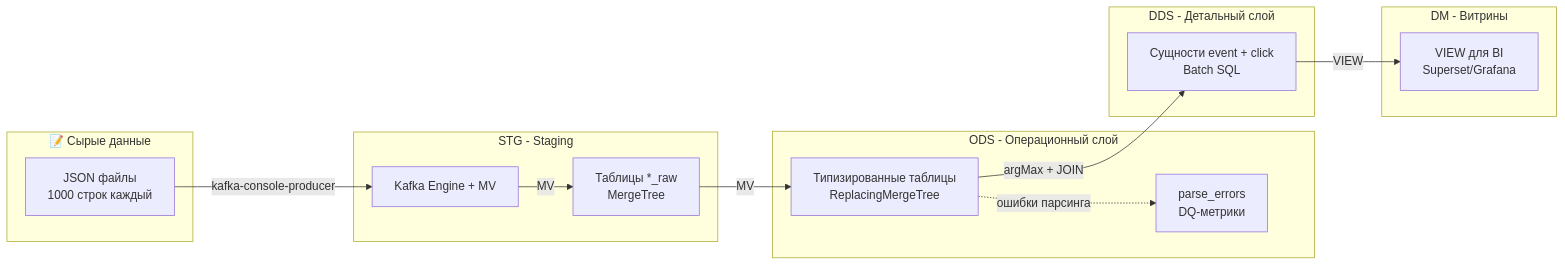
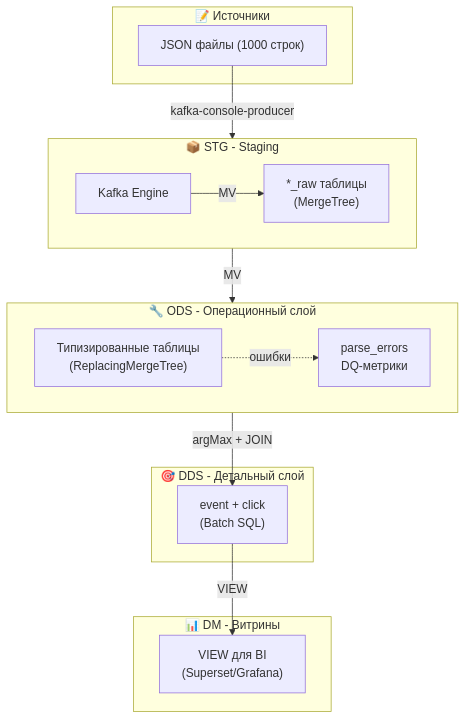
One commit to dementev-dev/clickstream-ch-kafka-superset-demo changed the second of 6 diagrams in docs/ARCHITECTURE.md. Above: the diagram before and after it, drawn with Mermaid. The commit also changed other lines of this file, not shown here.

First line of the commit message:
docs(architecture): update ODS error handling and DDS partial data support

````diff
--- a/docs/ARCHITECTURE.md
+++ b/docs/ARCHITECTURE.md
@@ -83,30 +83,30 @@
 ```mermaid
-flowchart LR
-    subgraph L0["📝 Сырые данные"]
-        RAW[JSON файлы<br/>1000 строк каждый]
+flowchart TB
+    subgraph L0["📝 Источники"]
+        RAW["JSON файлы (1000 строк)"]
     end
 
-    subgraph L1["STG - Staging"]
-        STG_T["Таблицы *_raw<br/>MergeTree"]
-        KAFKA["Kafka Engine + MV"]
+    subgraph L1["📦 STG - Staging"]
+        direction LR
+        KAFKA["Kafka Engine"]
+        STG_T["*_raw таблицы<br/>(MergeTree)"]
     end
 
-    subgraph L2["ODS - Операционный слой"]
-        ODS_T["Типизированные таблицы<br/>ReplacingMergeTree"]
+    subgraph L2["🔧 ODS - Операционный слой"]
+        direction LR
+        ODS_T["Типизированные таблицы<br/>(ReplacingMergeTree)"]
         DQ["parse_errors<br/>DQ-метрики"]
     end
 
-    subgraph L3["DDS - Детальный слой"]
-        DDS_T["Сущности event + click<br/>Batch SQL"]
+    subgraph L3["🎯 DDS - Детальный слой"]
+        DDS_T["event + click<br/>(Batch SQL)"]
     end
 
-    subgraph L4["DM - Витрины"]
-        DM_T["VIEW для BI<br/>Superset/Grafana"]
+    subgraph L4["📊 DM - Витрины"]
+        DM_T["VIEW для BI<br/>(Superset/Grafana)"]
     end
 
-    RAW -->|kafka-console-producer| KAFKA -->|MV| STG_T
-    STG_T -->|MV| ODS_T
-    ODS_T -->|argMax + JOIN| DDS_T
-    DDS_T -->|VIEW| DM_T
-    ODS_T -.->|ошибки парсинга| DQ
+    RAW -->|kafka-console-producer| KAFKA -->|MV| STG_T -->|MV| ODS_T
+    ODS_T -->|argMax + JOIN| DDS_T -->|VIEW| DM_T
+    ODS_T -.->|ошибки| DQ
 ```
````
